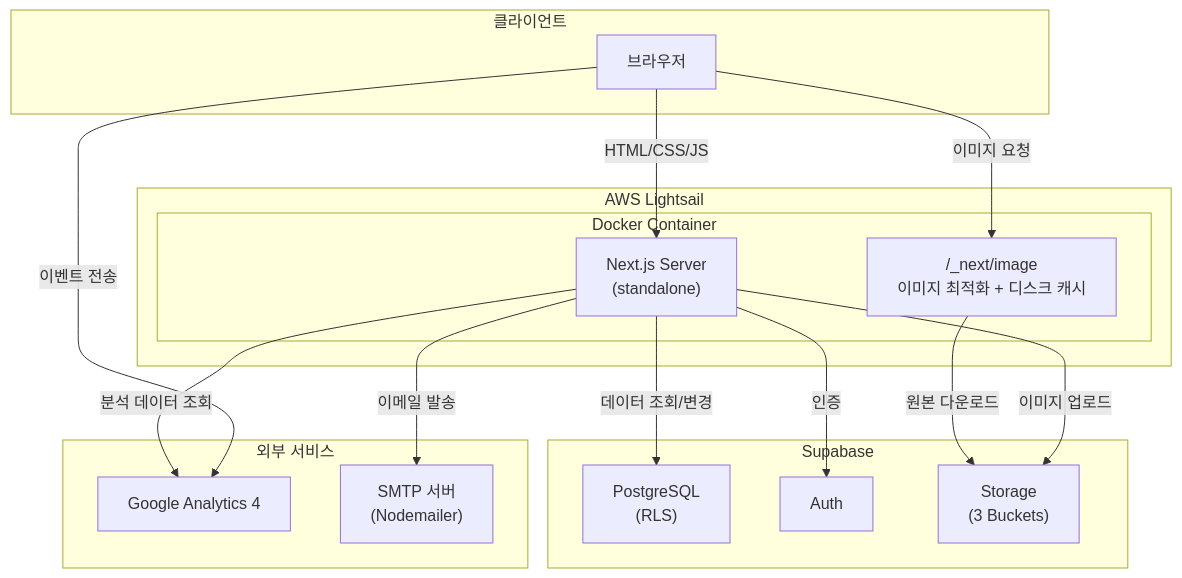
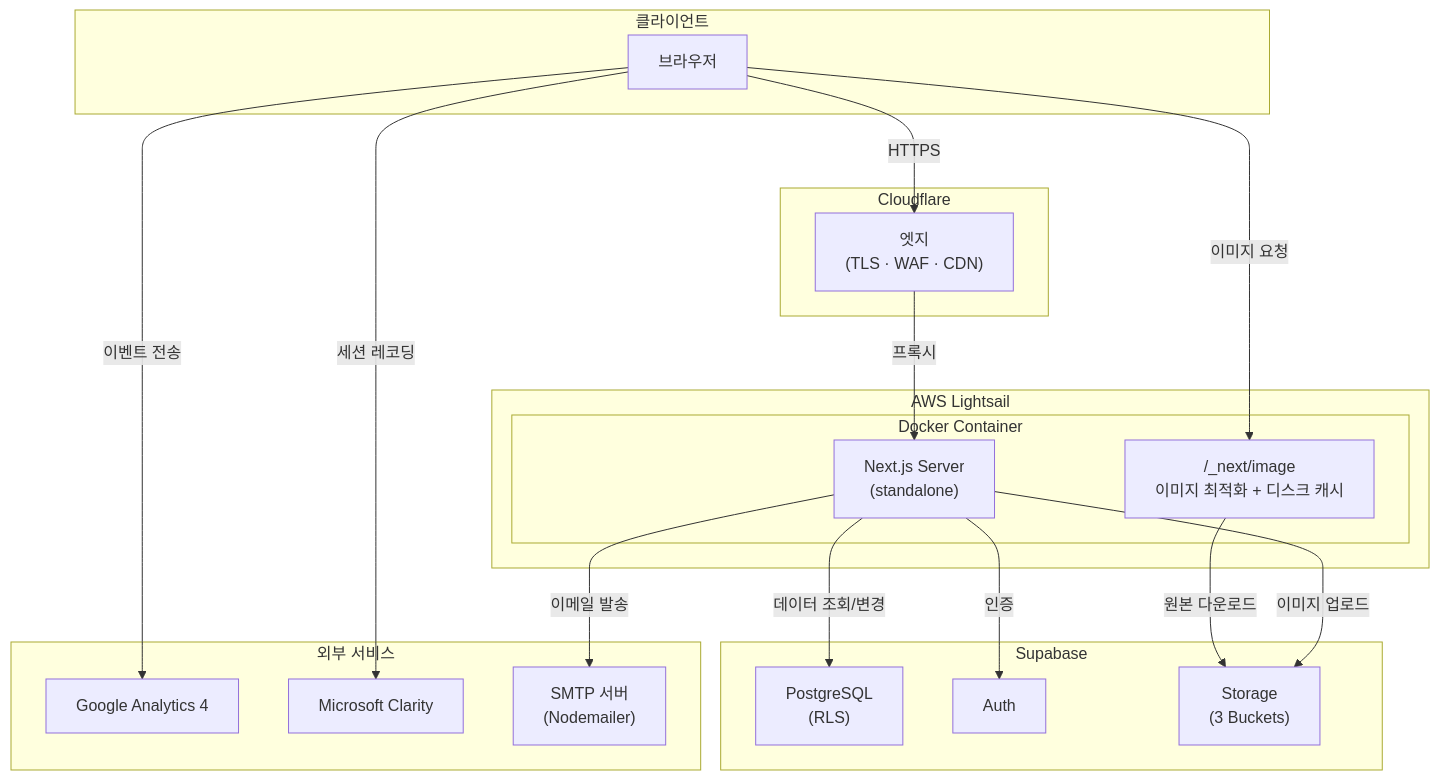
Before and after one commit to KangGyeongGu/cleaning-class: the diagram in README.md, drawn with Mermaid. The commit also changed other lines of this file, not shown here.

Commit message:
docs(readme): 시스템 아키텍처에 cloudflare·clarity 반영
- 구성도에 Cloudflare 엣지(TLS·WAF·CDN) 추가, Clarity 외부 서비스 추가
- 제거된 GA4 Data API 조회 화살표 삭제
- 기술 스택 Deploy 에 Cloudflare·Nginx 배지 추가

````diff
--- a/README.md
+++ b/README.md
@@ -91,34 +93,40 @@
 ```mermaid
 graph TB
     subgraph Client["클라이언트"]
         Browser["브라우저"]
+    end
+
+    subgraph CF["Cloudflare"]
+        Edge["엣지<br/>(TLS · WAF · CDN)"]
     end
 
     subgraph AWS["AWS Lightsail"]
         subgraph Docker["Docker Container"]
             NextJS["Next.js Server<br/>(standalone)"]
             ImageOpt["/_next/image<br/>이미지 최적화 + 디스크 캐시"]
         end
     end
 
     subgraph Supabase["Supabase"]
         DB["PostgreSQL<br/>(RLS)"]
         Auth["Auth"]
         Storage["Storage<br/>(3 Buckets)"]
     end
 
     subgraph External["외부 서비스"]
         GA4["Google Analytics 4"]
+        Clarity["Microsoft Clarity"]
         SMTP["SMTP 서버<br/>(Nodemailer)"]
     end
 
-    Browser -->|"HTML/CSS/JS"| NextJS
+    Browser -->|"HTTPS"| Edge
+    Edge -->|"프록시"| NextJS
     Browser -->|"이미지 요청"| ImageOpt
     ImageOpt -->|"원본 다운로드"| Storage
     NextJS -->|"데이터 조회/변경"| DB
     NextJS -->|"인증"| Auth
     NextJS -->|"이미지 업로드"| Storage
-    NextJS -->|"분석 데이터 조회"| GA4
     NextJS -->|"이메일 발송"| SMTP
     Browser -->|"이벤트 전송"| GA4
+    Browser -->|"세션 레코딩"| Clarity
 ```
````
